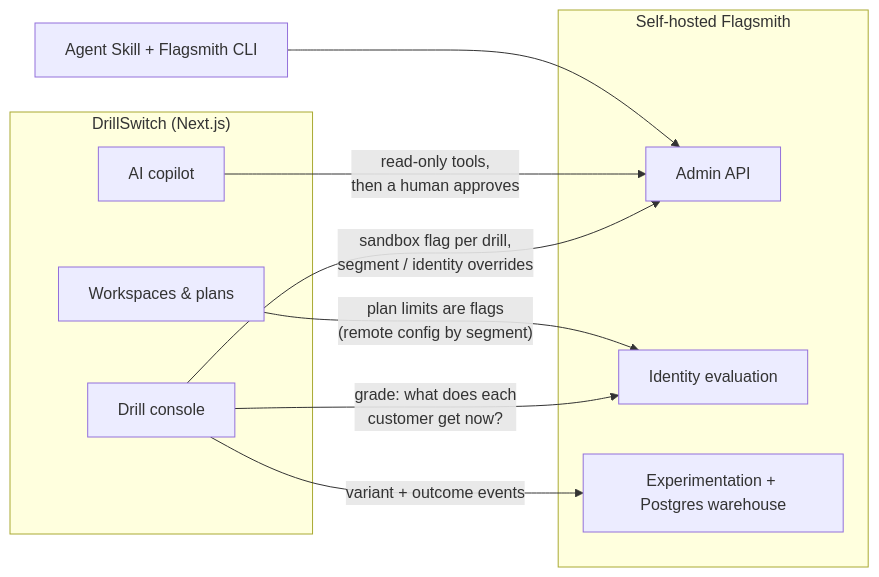
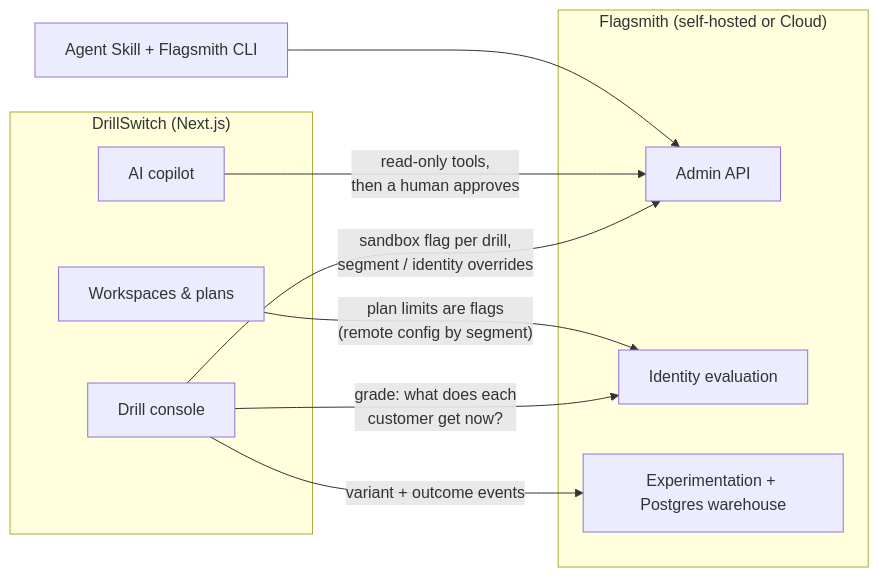
One commit to Sai-Kiran-Karjala/drillswitch changed the diagram in README.md. Above: the diagram before and after it, drawn with Mermaid. The commit also changed other lines of this file and 2 other files, not shown here.

````diff
--- a/README.md
+++ b/README.md
@@ -28,19 +28,19 @@
 ```mermaid
 flowchart LR
   subgraph App["DrillSwitch (Next.js)"]
     D[Drill console]
     C[AI copilot]
     W[Workspaces & plans]
   end
-  subgraph FS["Self-hosted Flagsmith"]
+  subgraph FS["Flagsmith (self-hosted or Cloud)"]
     A[Admin API]
     E[Identity evaluation]
     X[Experimentation + Postgres warehouse]
   end
   D -- "sandbox flag per drill,<br/>segment / identity overrides" --> A
   D -- "grade: what does each<br/>customer get now?" --> E
   D -- "variant + outcome events" --> X
   C -- "read-only tools,<br/>then a human approves" --> A
   W -- "plan limits are flags<br/>(remote config by segment)" --> E
   K["Agent Skill + Flagsmith CLI"] --> A
 ```
````
